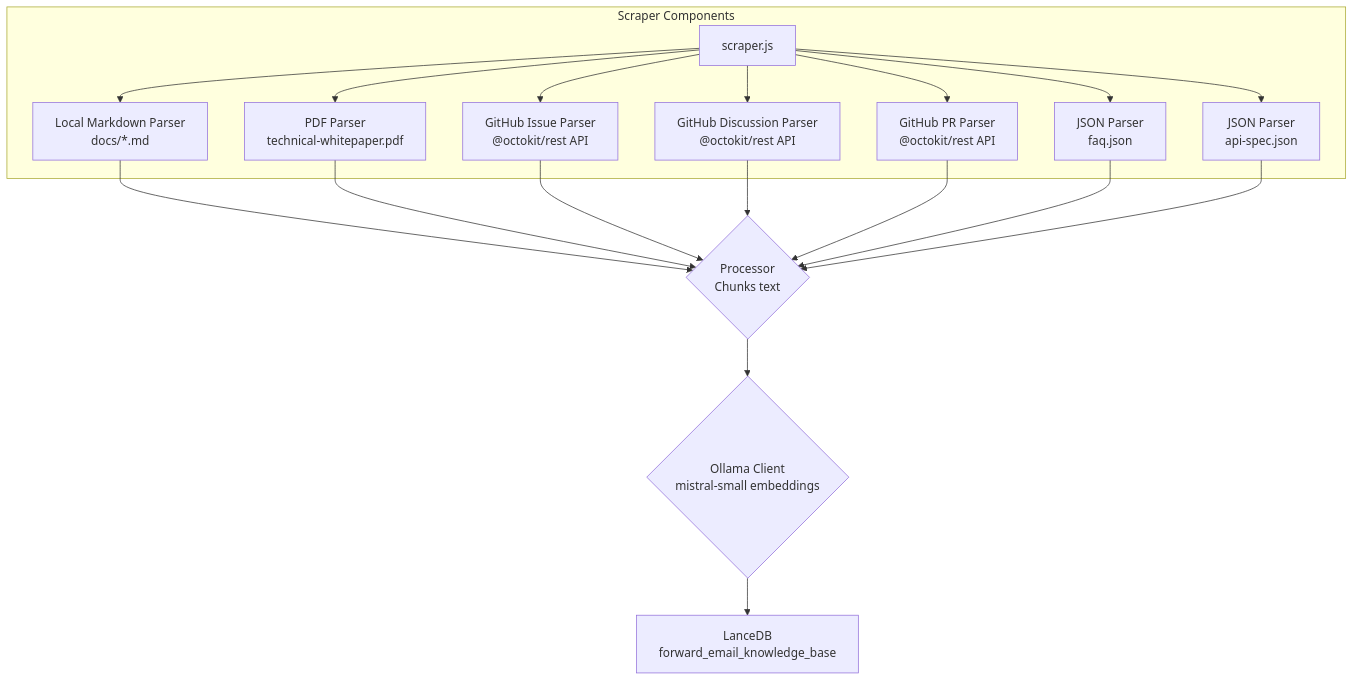
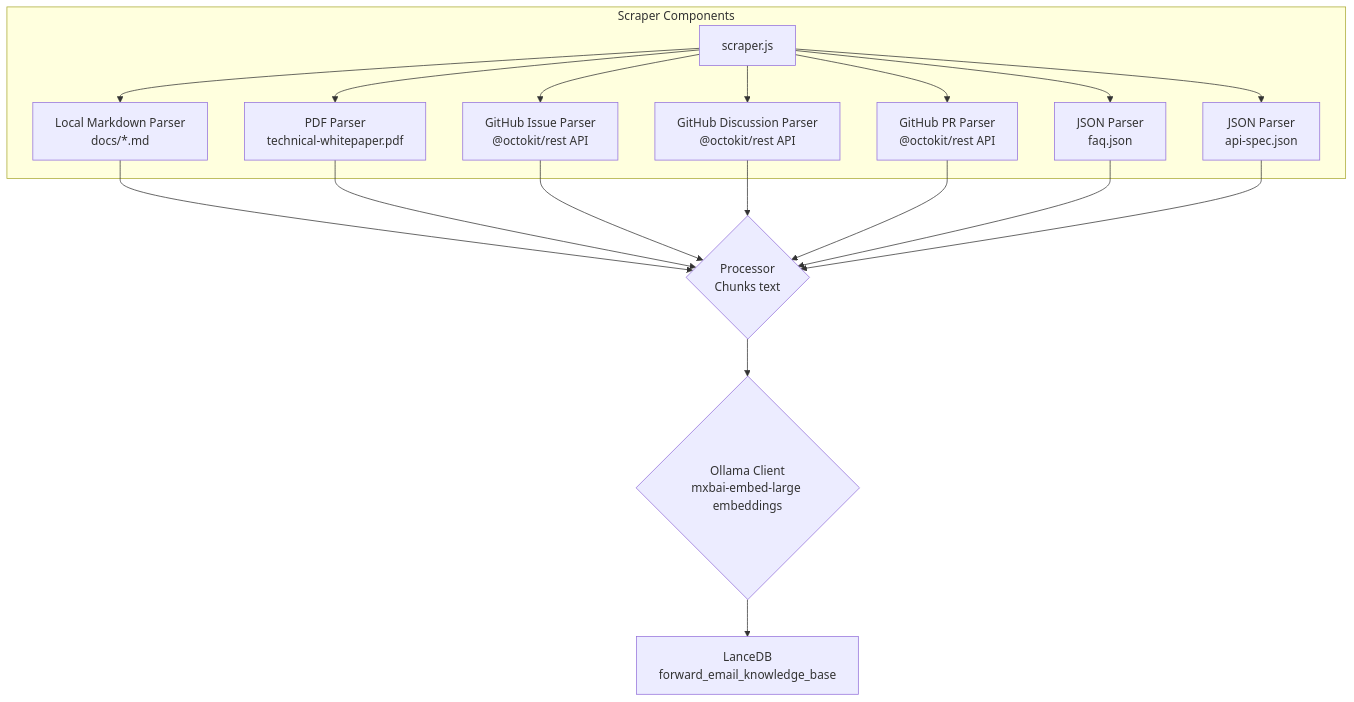
One commit to forwardemail/forwardemail.net changed the second of 3 diagrams in CUSTOMER-SUPPORT.md. Above: the diagram before and after it, drawn with Mermaid. The commit also changed other lines of this file and 16 other files, not shown here.

````diff
--- a/CUSTOMER-SUPPORT.md
+++ b/CUSTOMER-SUPPORT.md
@@ -61,21 +371,21 @@
 ```mermaid
 graph TD
-    subgraph Scraper Components
-        A[scraper.js] --> B[Local Markdown Parser<br>docs/*.md];
-        A --> C[PDF Parser<br>technical-whitepaper.pdf];
-        A --> D[GitHub Issue Parser<br>@octokit/rest API];
-        A --> E[GitHub Discussion Parser<br>@octokit/rest API];
-        A --> F[GitHub PR Parser<br>@octokit/rest API];
-        A --> G[JSON Parser<br>faq.json];
-        A --> H[JSON Parser<br>api-spec.json];
+    subgraph "Scraper Components"
+        A[scraper.js] --> B[Local Markdown Parser<br/>docs/*.md]
+        A --> C[PDF Parser<br/>technical-whitepaper.pdf]
+        A --> D[GitHub Issue Parser<br/>@octokit/rest API]
+        A --> E[GitHub Discussion Parser<br/>@octokit/rest API]
+        A --> F[GitHub PR Parser<br/>@octokit/rest API]
+        A --> G[JSON Parser<br/>faq.json]
+        A --> H[JSON Parser<br/>api-spec.json]
     end
-    B --> I{Processor<br>Chunks text};
-    C --> I;
-    D --> I;
-    E --> I;
-    F --> I;
-    G --> I;
-    H --> I;
-    I --> J{Ollama Client<br>mistral-small embeddings};
-    J --> K[LanceDB<br>forward_email_knowledge_base];
+    B --> I{Processor<br/>Chunks text}
+    C --> I
+    D --> I
+    E --> I
+    F --> I
+    G --> I
+    H --> I
+    I --> J{Ollama Client<br/>mxbai-embed-large embeddings}
+    J --> K[LanceDB<br/>forward_email_knowledge_base]
 ```
````
